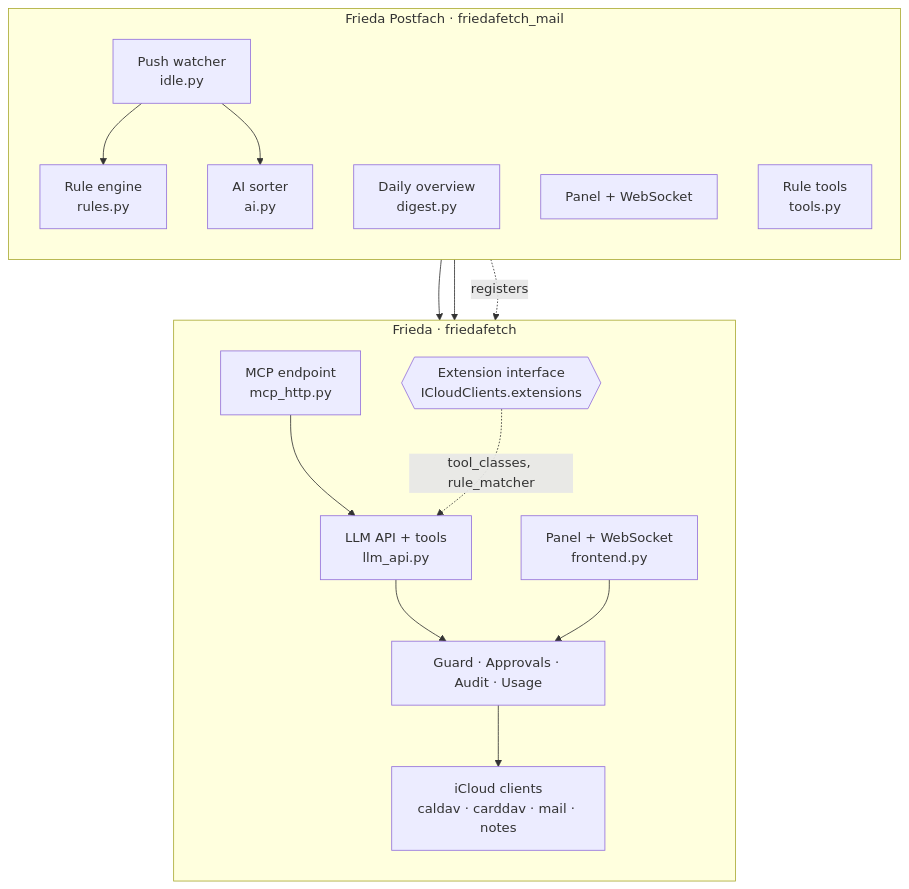
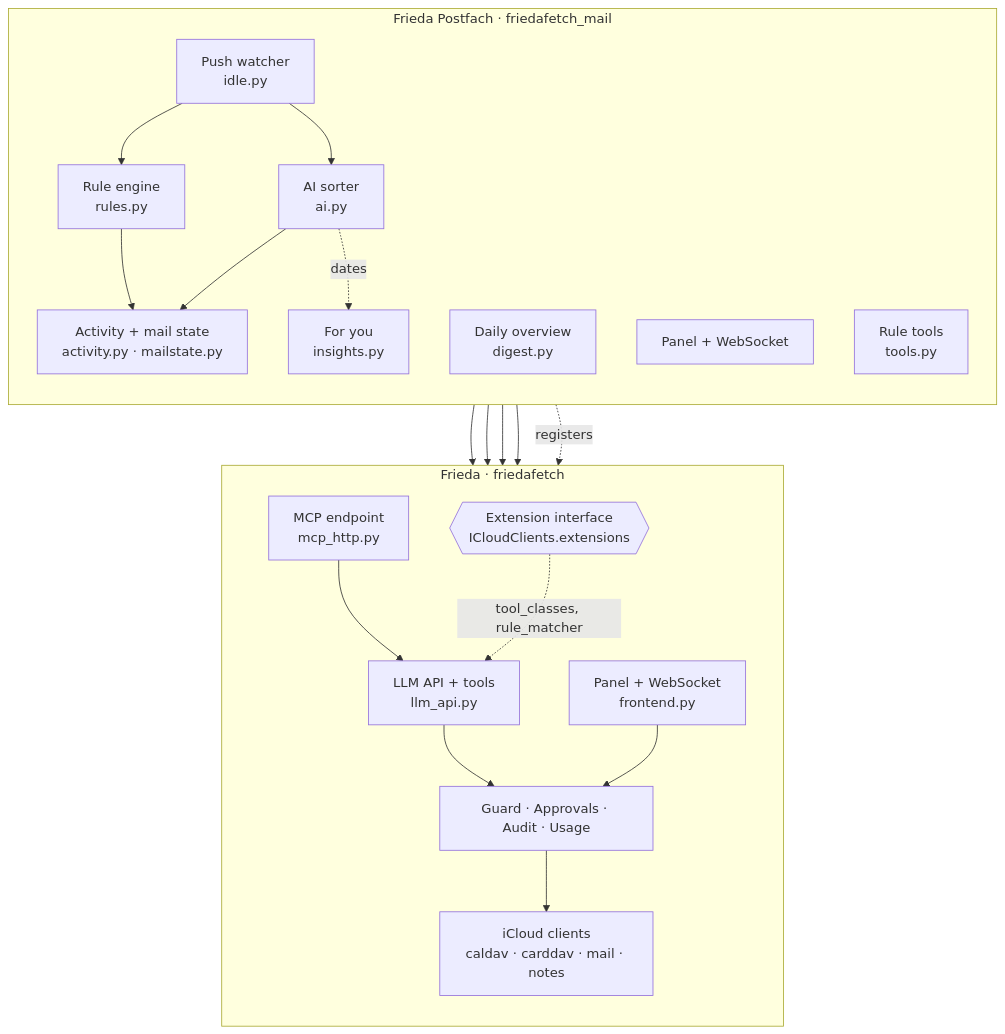
Before and after one commit to nadeo360/friedafetch: the second of 7 diagrams in docs/architecture.md, drawn with Mermaid. The commit also changed other lines of this file and 1 other file, not shown here.

````diff
--- a/docs/architecture.md
+++ b/docs/architecture.md
@@ -142,29 +148,36 @@
 ```mermaid
 flowchart TB
   subgraph F[Frieda · friedafetch]
     direction TB
     api[LLM API + tools<br/>llm_api.py]
     mcp[MCP endpoint<br/>mcp_http.py]
     clients[iCloud clients<br/>caldav · carddav · mail · notes]
     safety[Guard · Approvals · Audit · Usage]
     ui1[Panel + WebSocket<br/>frontend.py]
     ext{{Extension interface<br/>ICloudClients.extensions}}
   end
   subgraph P[Frieda Postfach · friedafetch_mail]
     direction TB
     rules[Rule engine<br/>rules.py]
     idle[Push watcher<br/>idle.py]
     ai[AI sorter<br/>ai.py]
+    act[Activity + mail state<br/>activity.py · mailstate.py]
+    fy[For you<br/>insights.py]
     digest[Daily overview<br/>digest.py]
     ui2[Panel + WebSocket]
     tools2[Rule tools<br/>tools.py]
   end
   mcp --> api --> safety --> clients
   ui1 --> safety
   P -. registers .-> ext
   ext -. tool_classes, rule_matcher .-> api
   rules --> clients
   ai --> clients
   idle --> rules
   idle --> ai
+  rules --> act
+  ai --> act
+  act --> clients
+  fy --> clients
+  ai -. dates .-> fy
 ```
````
